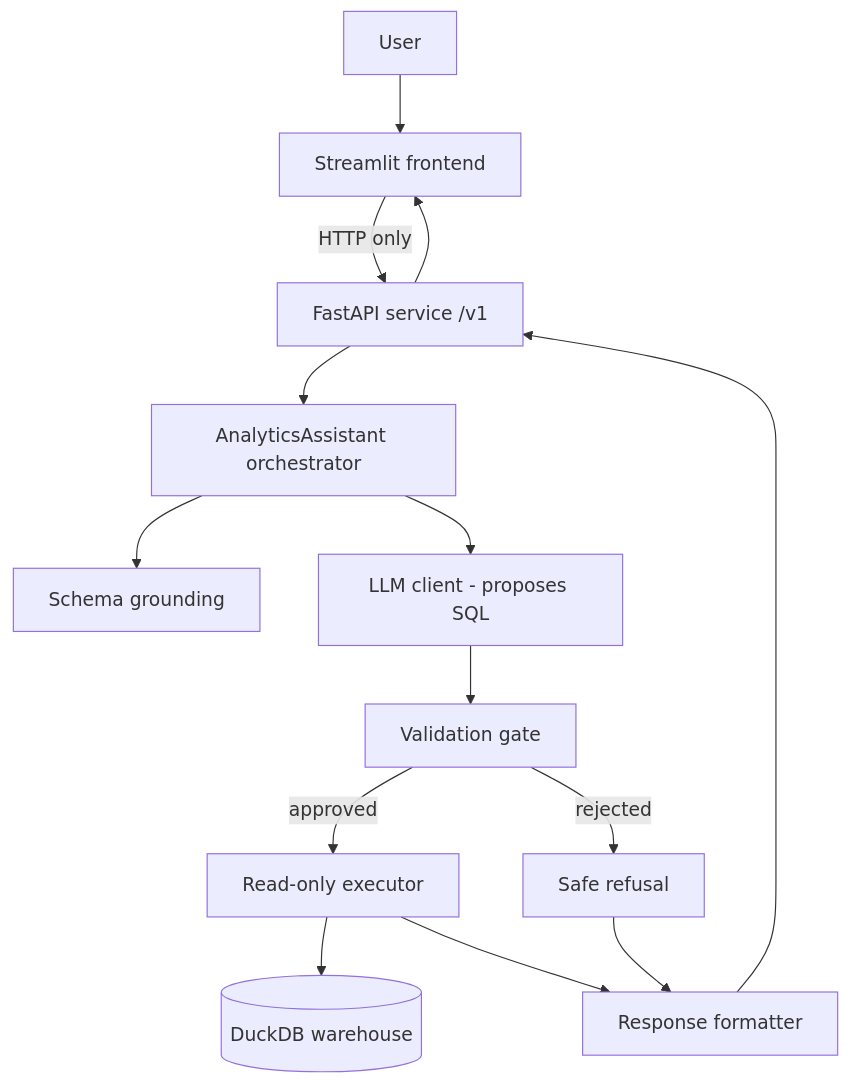
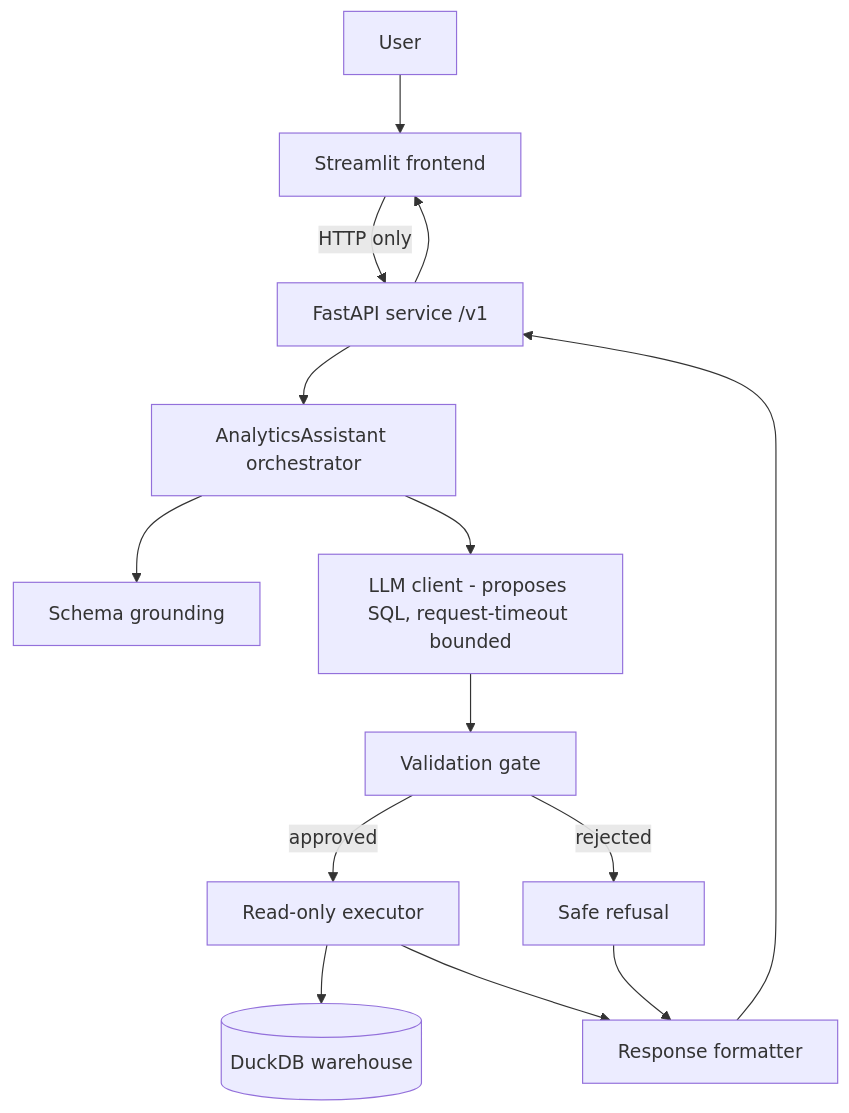
The first of 3 diagrams in Architecture_State.md (tejas-jaggi/solstice-intelligence), drawn with Mermaid before and after one commit. The commit also changed other lines of this file and 18 other files, not shown here.

````diff
--- a/Architecture_State.md
+++ b/Architecture_State.md
@@ -29,16 +29,16 @@
 ```mermaid
 flowchart TD
     U[User] --> FE[Streamlit frontend]
     FE -->|HTTP only| API[FastAPI service /v1]
     API --> ORC[AnalyticsAssistant orchestrator]
     ORC --> GND[Schema grounding]
-    ORC --> LLM[LLM client - proposes SQL]
+    ORC --> LLM[LLM client - proposes SQL, request-timeout bounded]
     LLM --> GATE[Validation gate]
     GATE -->|approved| EXEC[Read-only executor]
     GATE -->|rejected| REFUSE[Safe refusal]
     EXEC --> WH[(DuckDB warehouse)]
     EXEC --> FMT[Response formatter]
     REFUSE --> FMT
     FMT --> API
     API --> FE
 ```
````
